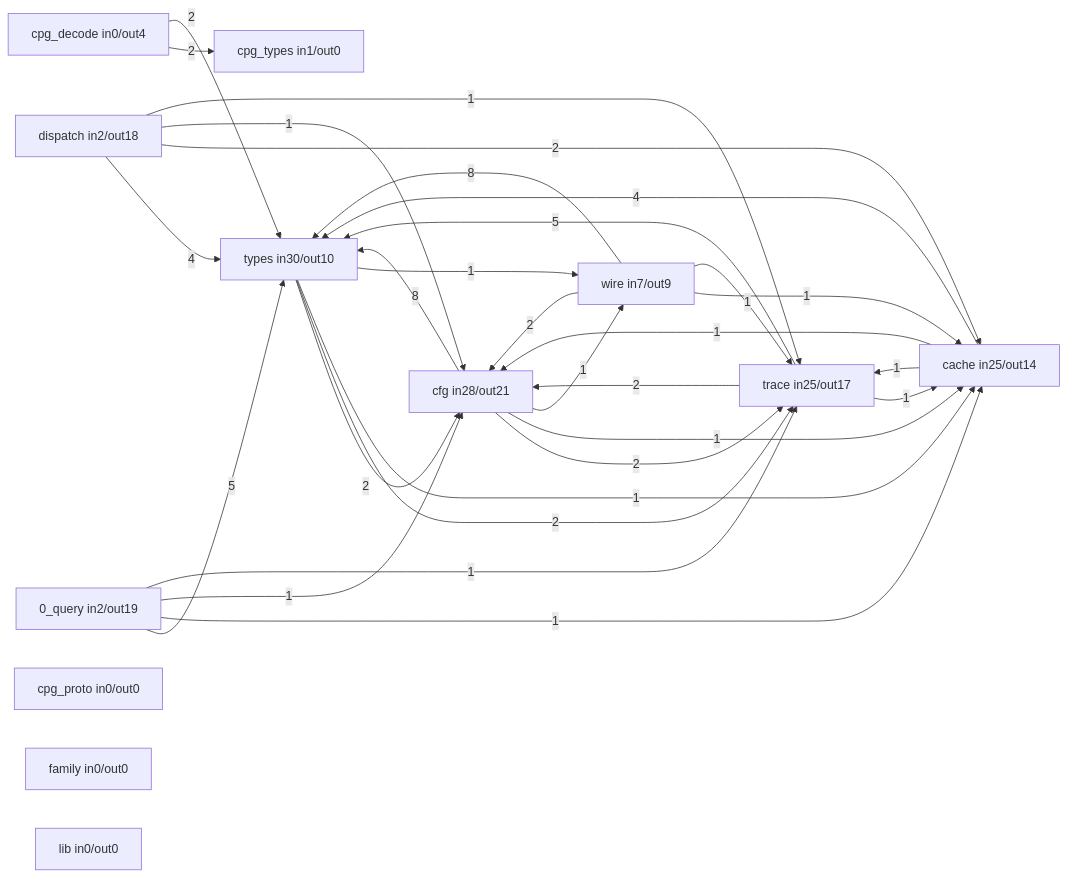
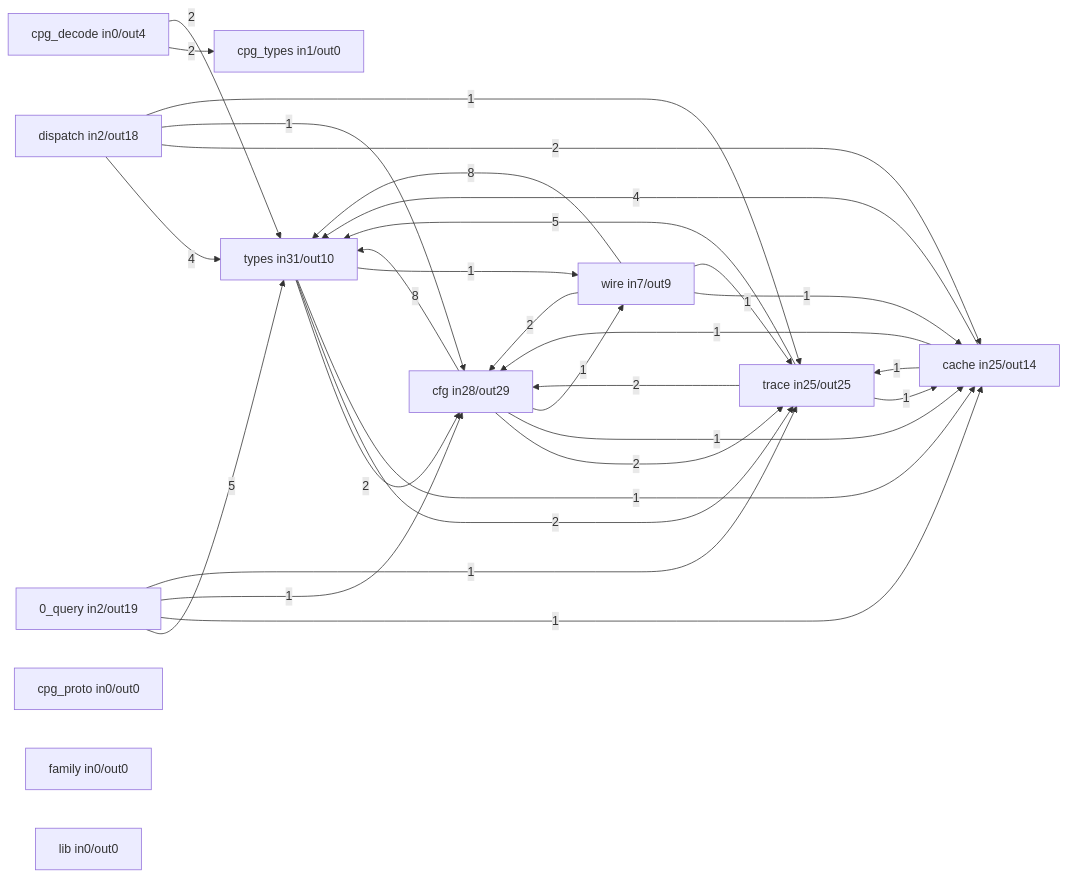
The second of 5 diagrams in docs/selfdoc/extract.md (hafley66/sprefa), drawn with Mermaid before and after one commit. The commit also changed other lines of this file and 4 other files, not shown here.

````diff
--- a/docs/selfdoc/extract.md
+++ b/docs/selfdoc/extract.md
@@ -71,43 +71,43 @@
 ```mermaid
 flowchart LR
-  n1["types  in30/out10"]
-  n2["cfg  in28/out21"]
-  n3["trace  in25/out17"]
+  n1["types  in31/out10"]
+  n2["cfg  in28/out29"]
+  n3["trace  in25/out25"]
   n4["cache  in25/out14"]
   n5["wire  in7/out9"]
   n6["0_query  in2/out19"]
   n7["dispatch  in2/out18"]
   n8["cpg_types  in1/out0"]
   n9["cpg_decode  in0/out4"]
   n10["cpg_proto  in0/out0"]
   n11["family  in0/out0"]
   n12["lib  in0/out0"]
   n2 -->|8| n1
   n5 -->|8| n1
   n6 -->|5| n1
   n3 -->|5| n1
   n4 -->|4| n1
   n7 -->|4| n1
   n2 -->|2| n3
   n9 -->|2| n8
   n9 -->|2| n1
   n7 -->|2| n4
   n3 -->|2| n2
   n1 -->|2| n2
   n1 -->|2| n3
   n5 -->|2| n2
   n6 -->|1| n4
   n6 -->|1| n2
   n6 -->|1| n3
   n4 -->|1| n2
   n4 -->|1| n3
   n2 -->|1| n4
   n2 -->|1| n5
   n7 -->|1| n2
   n7 -->|1| n3
   n3 -->|1| n4
   n1 -->|1| n4
   n1 -->|1| n5
   n5 -->|1| n4
   n5 -->|1| n3
 ```
````
